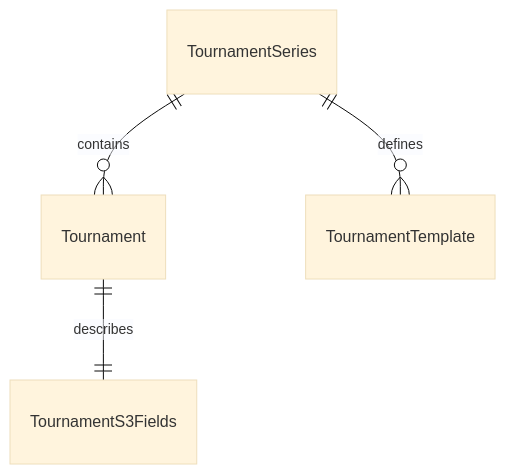
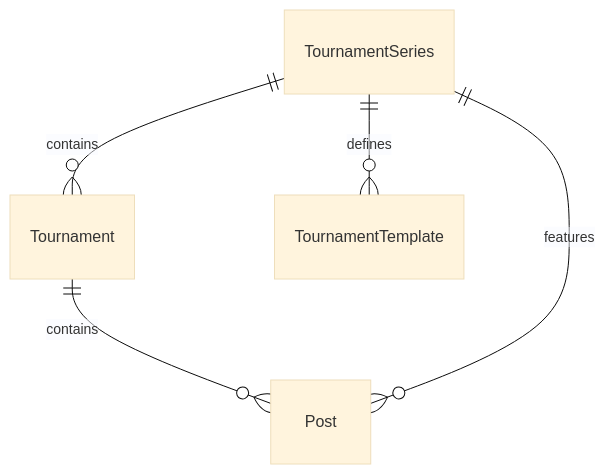
Before and after one commit to MarioKartCentral/MarioKartCentral: the sixth of 16 diagrams in docs/database.md, drawn with Mermaid (base theme). The commit also changed other lines of this file and 37 other files, not shown here.

Commit message:
Implement multi-database architecture

````diff
--- a/docs/database.md
+++ b/docs/database.md
@@ -228,7 +229,8 @@
 ```mermaid
 erDiagram
     %% Structure
     TournamentSeries ||--o{ Tournament : "contains"
     TournamentSeries ||--o{ TournamentTemplate : "defines"
-    Tournament ||--|| TournamentS3Fields : "describes"
+    Tournament ||--o{ Post : "contains"
+    TournamentSeries ||--o{ Post : "features"
 ```
````
